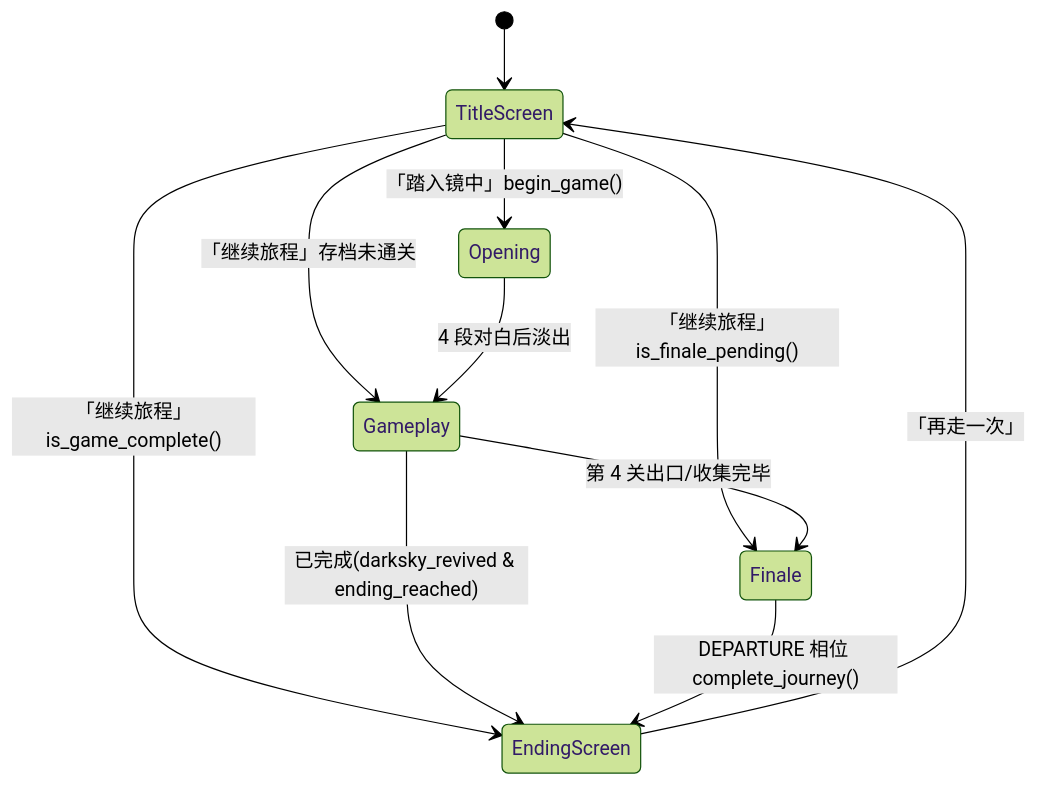
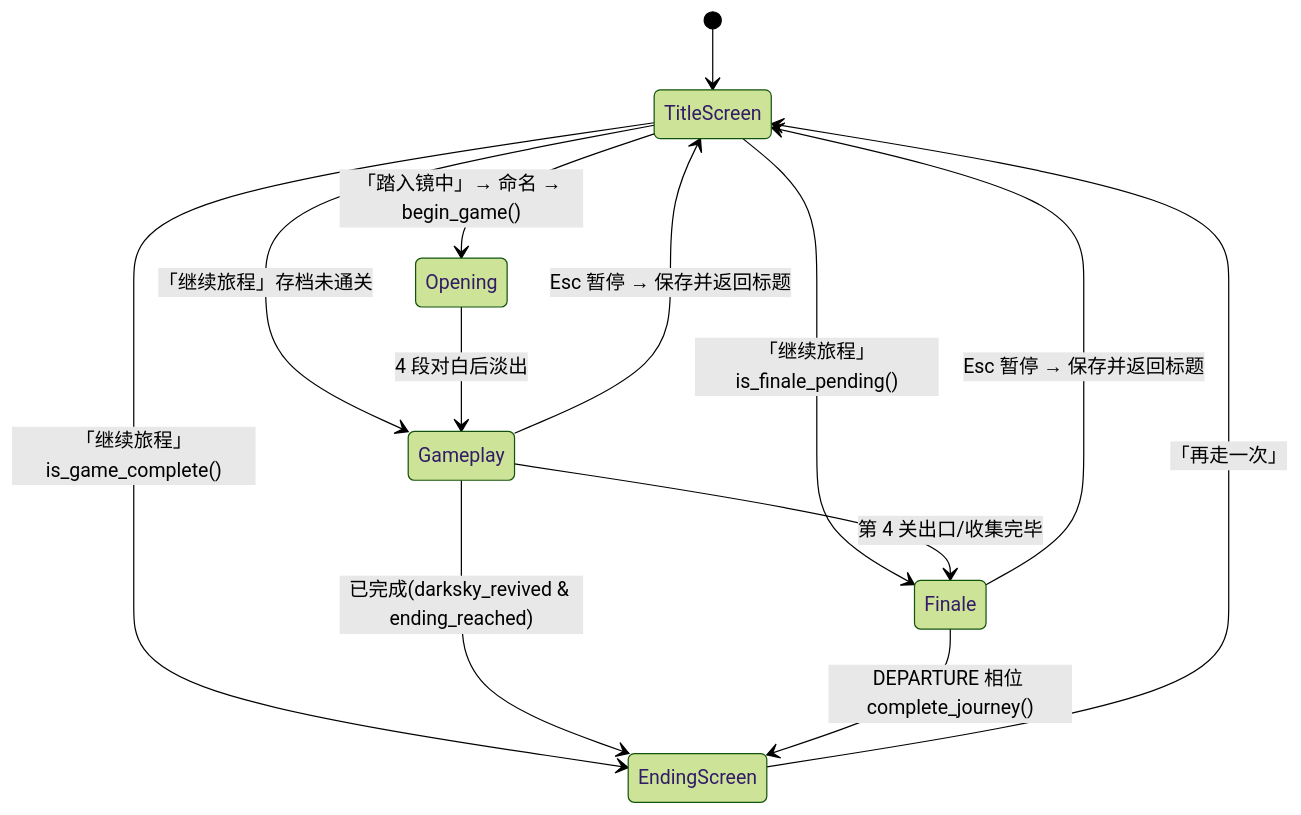
The second of 2 diagrams in docs/framework.md (rudong1/perfect-game), drawn with Mermaid (forest theme) before and after one commit. The commit also changed other lines of this file and 1 other file, not shown here.

Commit message:
Docs: describe the start screen flow and mid-run exit save

````diff
--- a/docs/framework.md
+++ b/docs/framework.md
@@ -127,13 +127,15 @@
 ```mermaid
 stateDiagram-v2
     [*] --> TitleScreen
-    TitleScreen --> Opening: 「踏入镜中」begin_game()
+    TitleScreen --> Opening: 「踏入镜中」→ 命名 → begin_game()
     TitleScreen --> Finale: 「继续旅程」is_finale_pending()
     TitleScreen --> EndingScreen: 「继续旅程」is_game_complete()
     TitleScreen --> Gameplay: 「继续旅程」存档未通关
     Opening --> Gameplay: 4 段对白后淡出
     Gameplay --> Finale: 第 4 关出口/收集完毕
     Gameplay --> EndingScreen: 已完成(darksky_revived & ending_reached)
+    Gameplay --> TitleScreen: Esc 暂停 → 保存并返回标题
+    Finale --> TitleScreen: Esc 暂停 → 保存并返回标题
     Finale --> EndingScreen: DEPARTURE 相位 complete_journey()
     EndingScreen --> TitleScreen: 「再走一次」
 ```
````
